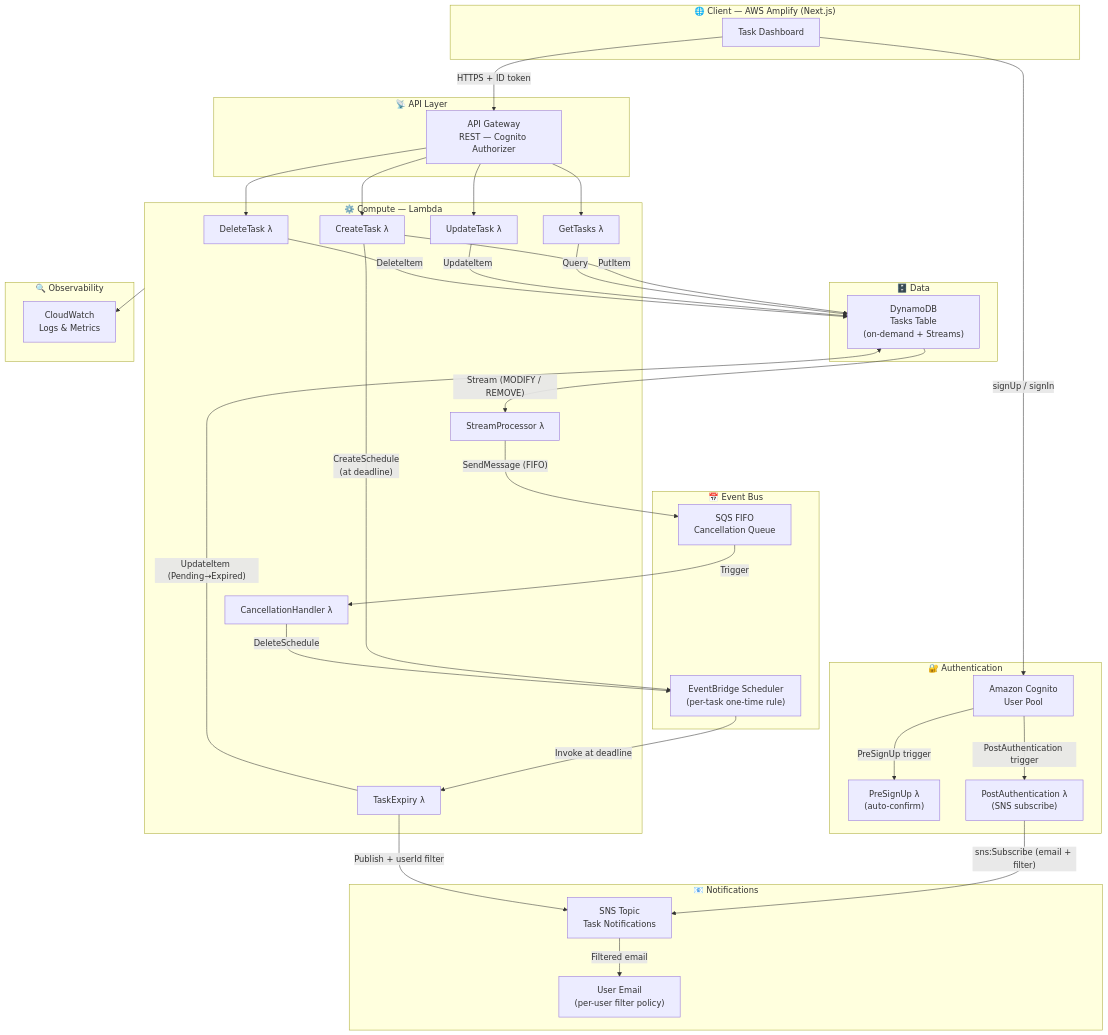
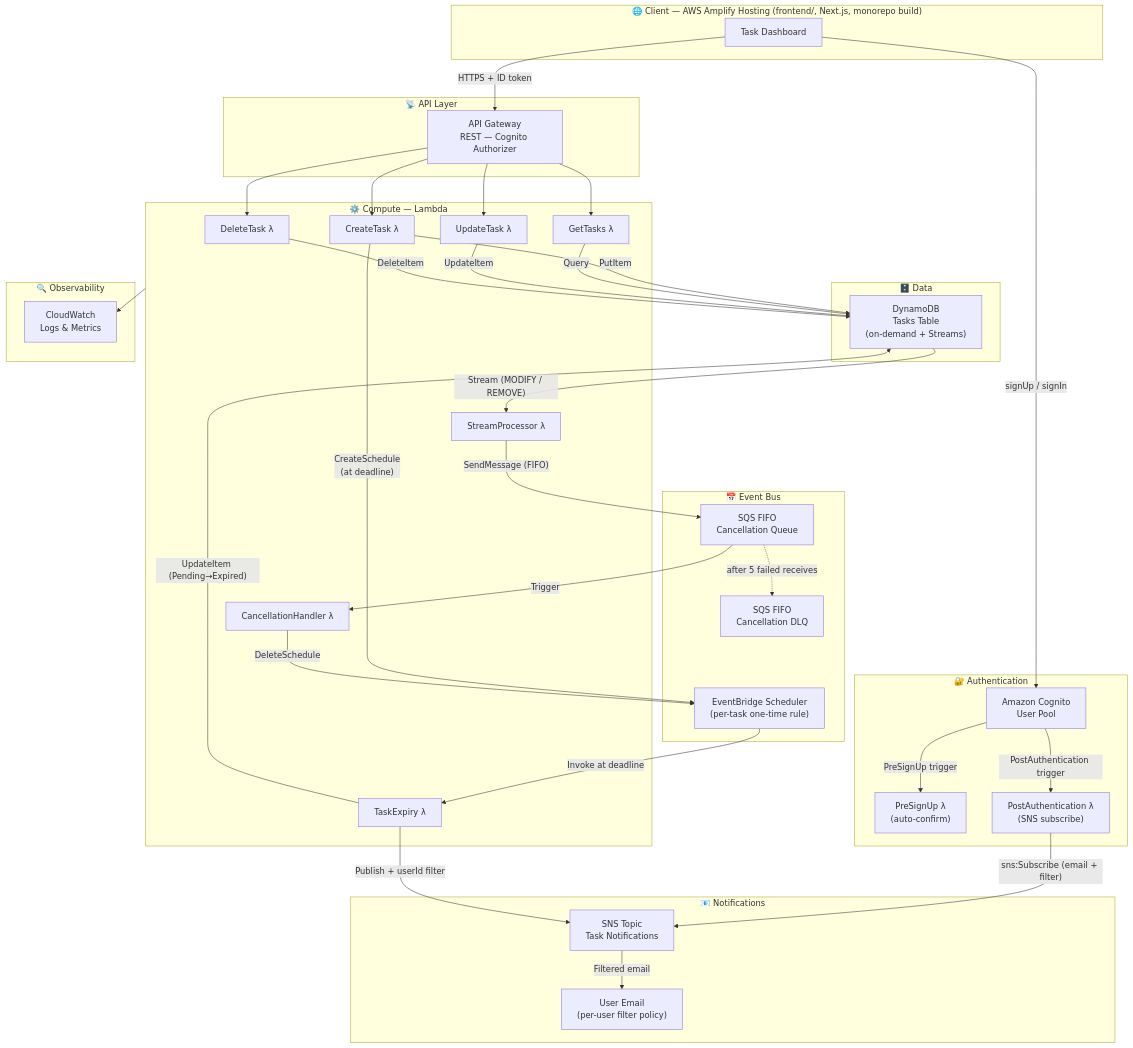
Before and after one commit to nlenjibi/serverless-task-manager-system: the first of 6 diagrams in docs/architecture.md, drawn with Mermaid. The commit also changed 78 other files, not shown here.

First line of the commit message:
Restructure to src/ layout with shared lib, add frontend monorepo, switch to official SAM pipeline

````diff
--- a/docs/architecture.md
+++ b/docs/architecture.md
@@ -9,73 +9,75 @@
 ```mermaid
 graph TD
-    subgraph Client["🌐 Client — AWS Amplify (Next.js)"]
+    subgraph Client["🌐 Client — AWS Amplify Hosting (frontend/, Next.js, monorepo build)"]
         UI["Task Dashboard"]
     end
 
     subgraph Auth["🔐 Authentication"]
         COGN["Amazon Cognito\nUser Pool"]
         PRE["PreSignUp λ\n(auto-confirm)"]
         POST["PostAuthentication λ\n(SNS subscribe)"]
     end
 
     subgraph API["📡 API Layer"]
         APIGW["API Gateway\nREST — Cognito Authorizer"]
     end
 
     subgraph Compute["⚙️ Compute — Lambda"]
         CREATE["CreateTask λ"]
         GET["GetTasks λ"]
         UPDATE["UpdateTask λ"]
         DELETE["DeleteTask λ"]
         EXPIRY["TaskExpiry λ"]
         STREAM["StreamProcessor λ"]
         CANCEL["CancellationHandler λ"]
     end
 
     subgraph Data["🗄️ Data"]
         DDB["DynamoDB\nTasks Table\n(on-demand + Streams)"]
     end
 
     subgraph Events["📅 Event Bus"]
         SCHED["EventBridge Scheduler\n(per-task one-time rule)"]
         SQS["SQS FIFO\nCancellation Queue"]
+        DLQ["SQS FIFO\nCancellation DLQ"]
     end
 
     subgraph Notify["📧 Notifications"]
         SNS["SNS Topic\nTask Notifications"]
         EMAIL["User Email\n(per-user filter policy)"]
     end
 
     subgraph Observe["🔍 Observability"]
         CW["CloudWatch\nLogs & Metrics"]
     end
 
     UI -- "HTTPS + ID token" --> APIGW
     UI -- "signUp / signIn" --> COGN
 
     COGN -- "PreSignUp trigger" --> PRE
     COGN -- "PostAuthentication trigger" --> POST
     POST -- "sns:Subscribe (email + filter)" --> SNS
 
     APIGW --> CREATE & GET & UPDATE & DELETE
 
     CREATE -- "PutItem" --> DDB
     GET -- "Query" --> DDB
     UPDATE -- "UpdateItem" --> DDB
     DELETE -- "DeleteItem" --> DDB
 
     CREATE -- "CreateSchedule\n(at deadline)" --> SCHED
 
     SCHED -- "Invoke at deadline" --> EXPIRY
     EXPIRY -- "UpdateItem (Pending→Expired)" --> DDB
     EXPIRY -- "Publish + userId filter" --> SNS
 
     SNS -- "Filtered email" --> EMAIL
 
     DDB -- "Stream (MODIFY / REMOVE)" --> STREAM
     STREAM -- "SendMessage (FIFO)" --> SQS
     SQS -- "Trigger" --> CANCEL
+    SQS -. "after 5 failed receives" .-> DLQ
     CANCEL -- "DeleteSchedule" --> SCHED
 
     Compute --> CW
 ```
````
